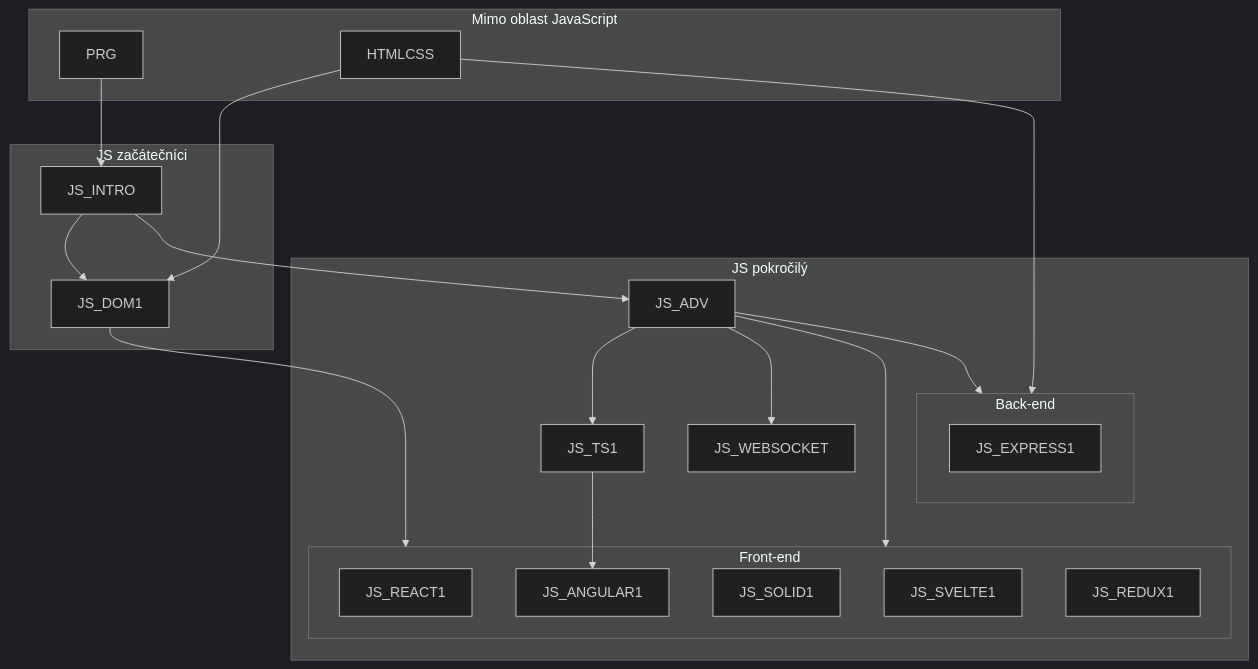
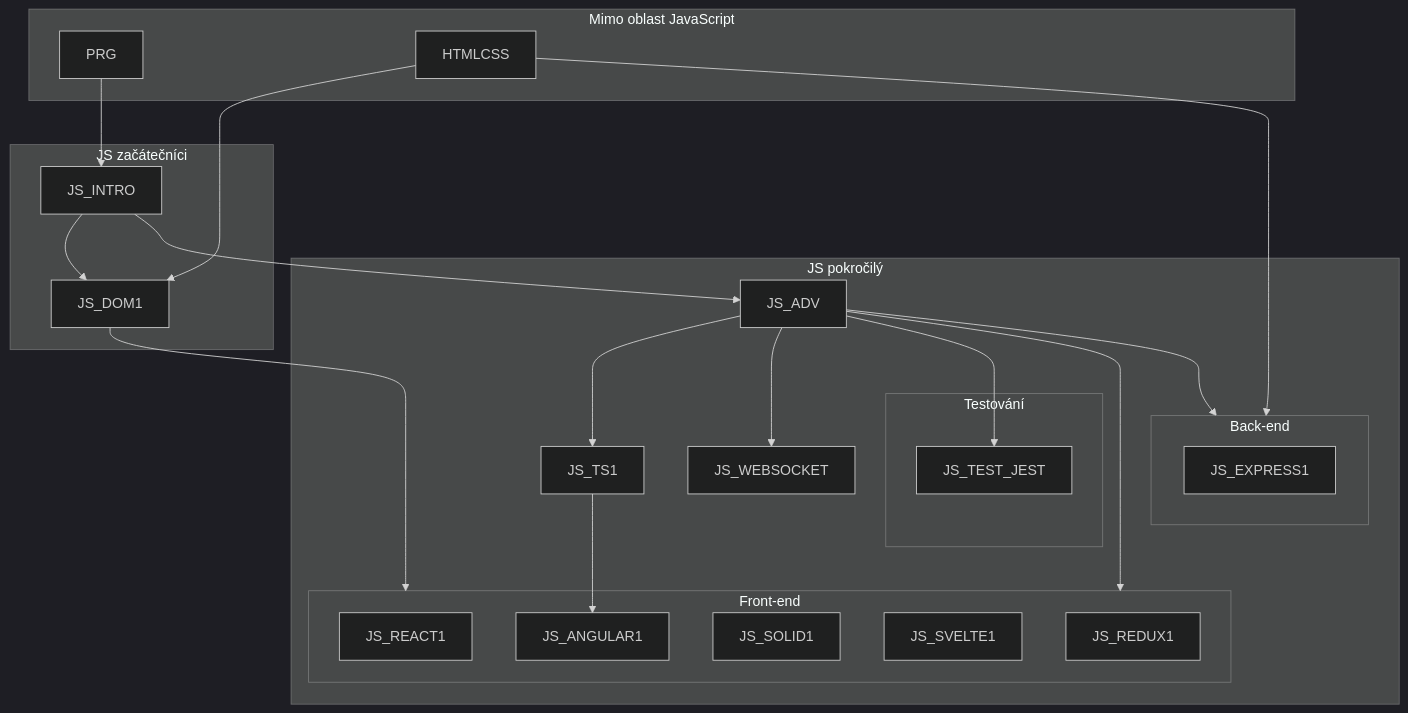
Before and after one commit to mbradic/gopas-osnovy: the diagram in map.md, drawn with Mermaid (dark theme).

Commit message:
JS_TEST_JEST přidán do mapy

````diff
--- a/map.md
+++ b/map.md
@@ -3,44 +3,49 @@
 ```mermaid
 graph TD
     subgraph Mimo oblast JavaScript
         PRG
         HTMLCSS
     end
     subgraph JS začátečníci
         JS_INTRO
         JS_DOM1
     end
     subgraph JS pokročilý
         JS_ADV
         JS_TS1
         subgraph Front-end
             JS_REACT1
             JS_ANGULAR1
             JS_SOLID1
             JS_SVELTE1
             JS_REDUX1            
         end
         subgraph Back-end
             JS_EXPRESS1
         end
+        subgraph Testování
+            JS_TEST_JEST
+        end
         JS_WEBSOCKET
     end
 
     PRG --> JS_INTRO
     HTMLCSS --> JS_DOM1
     
     JS_DOM1 --> Front-end
     JS_ADV  --> Front-end
-    
+
     HTMLCSS --> Back-end
     JS_ADV  --> Back-end
     
     
     JS_INTRO --> JS_DOM1
     JS_INTRO --> JS_ADV
     
     JS_ADV --> JS_TS1
     JS_TS1 --> JS_ANGULAR1
     
     JS_ADV --> JS_WEBSOCKET
+
+    JS_ADV --> JS_TEST_JEST
 ```
````
